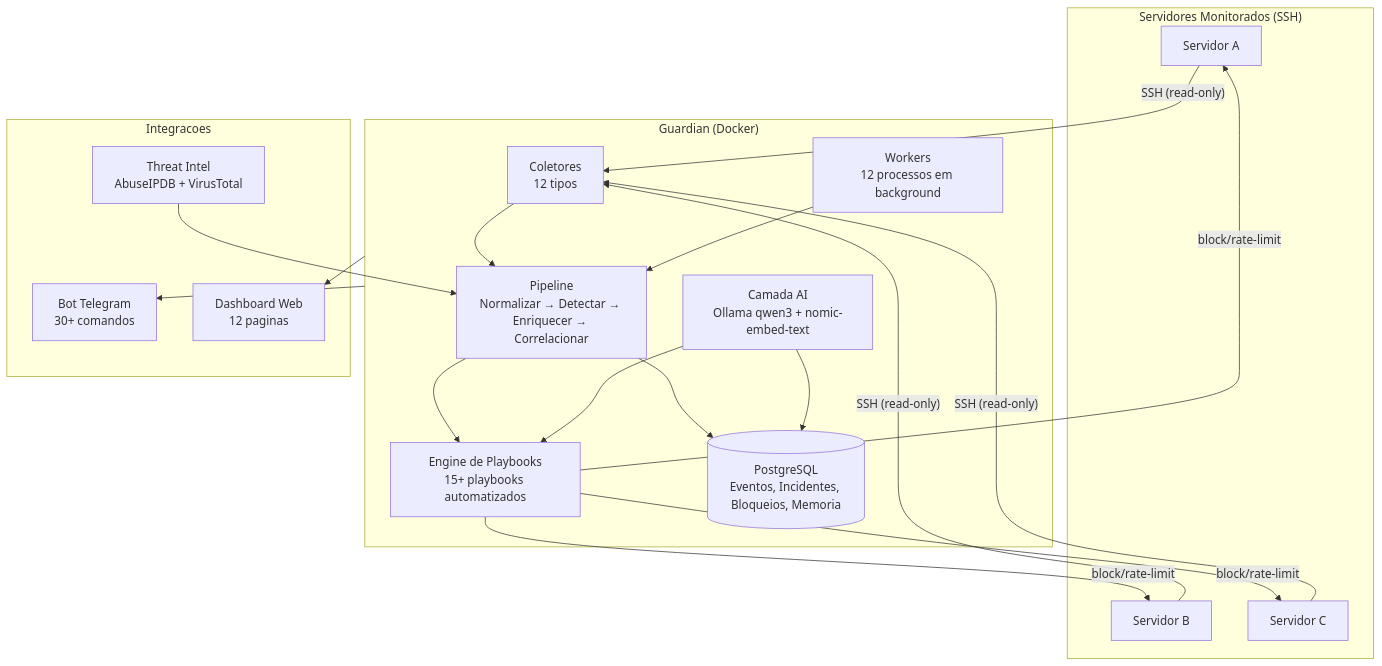
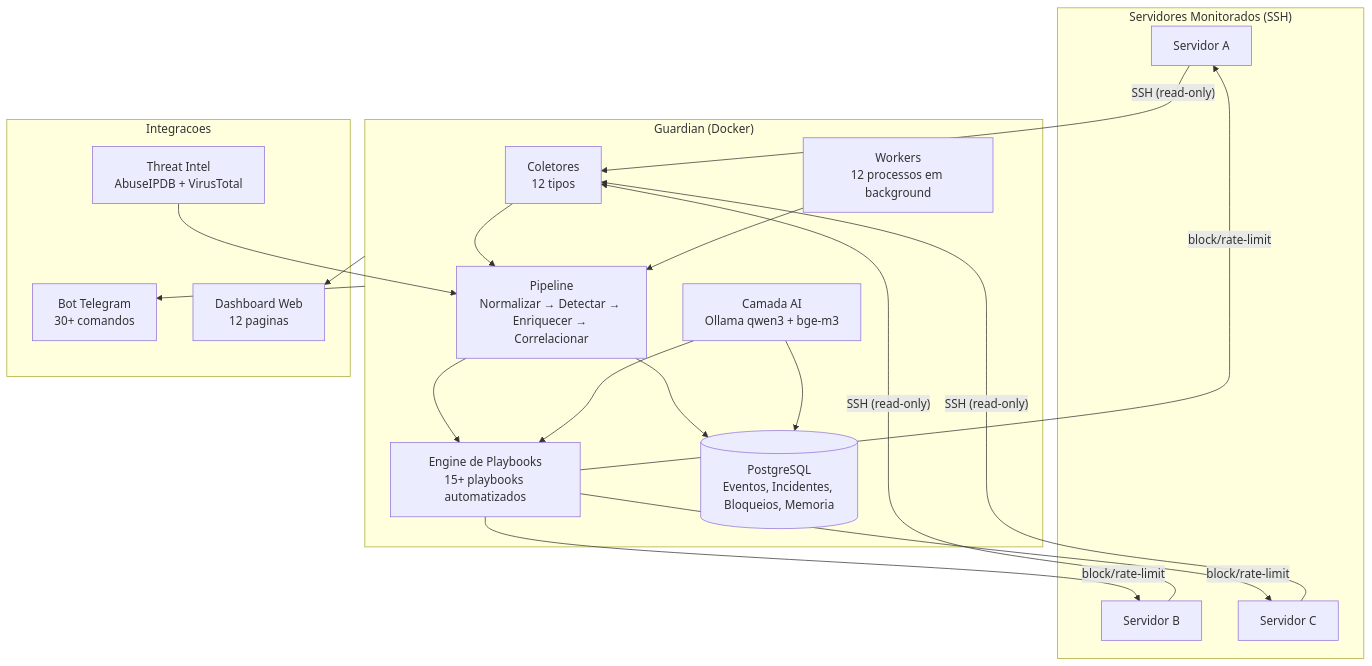
One commit to afborda/guardian-blue-team changed the second of 8 diagrams in README.pt-BR.md. Above: the diagram before and after it, drawn with Mermaid. The commit also changed other lines of this file and 1 other file, not shown here.

````diff
--- a/README.pt-BR.md
+++ b/README.pt-BR.md
@@ -89,33 +89,33 @@
 ```mermaid
 graph TB
     subgraph Servers["Servidores Monitorados (SSH)"]
         S1[Servidor A]
         S2[Servidor B]
         S3[Servidor C]
     end
 
     subgraph Guardian["Guardian (Docker)"]
         COLLECT[Coletores\n12 tipos]
         PIPE[Pipeline\nNormalizar → Detectar → Enriquecer → Correlacionar]
         ENGINE[Engine de Playbooks\n15+ playbooks automatizados]
-        AI_LAYER[Camada AI\nOllama qwen3 + nomic-embed-text]
+        AI_LAYER[Camada AI\nOllama qwen3 + bge-m3]
         DB[(PostgreSQL\nEventos, Incidentes, Bloqueios, Memoria)]
         WORKERS[Workers\n12 processos em background]
     end
 
     subgraph External["Integracoes"]
         TG[Bot Telegram\n30+ comandos]
         DASH[Dashboard Web\n12 paginas]
         INTEL[Threat Intel\nAbuseIPDB + VirusTotal]
     end
 
     S1 & S2 & S3 -->|"SSH (read-only)"| COLLECT
     COLLECT --> PIPE --> ENGINE
     ENGINE -->|"block/rate-limit"| S1 & S2 & S3
     PIPE --> DB
     AI_LAYER --> ENGINE
     AI_LAYER --> DB
     WORKERS --> PIPE
     Guardian --> TG & DASH
     INTEL --> PIPE
 ```
````
